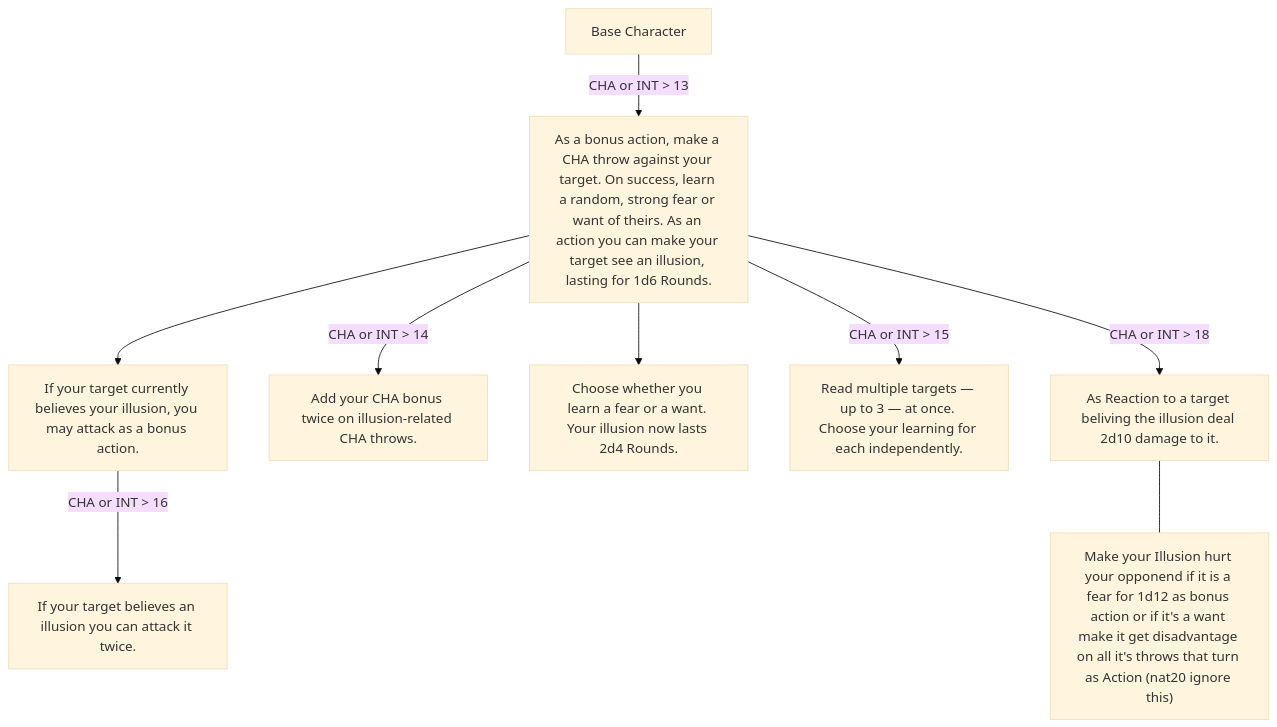
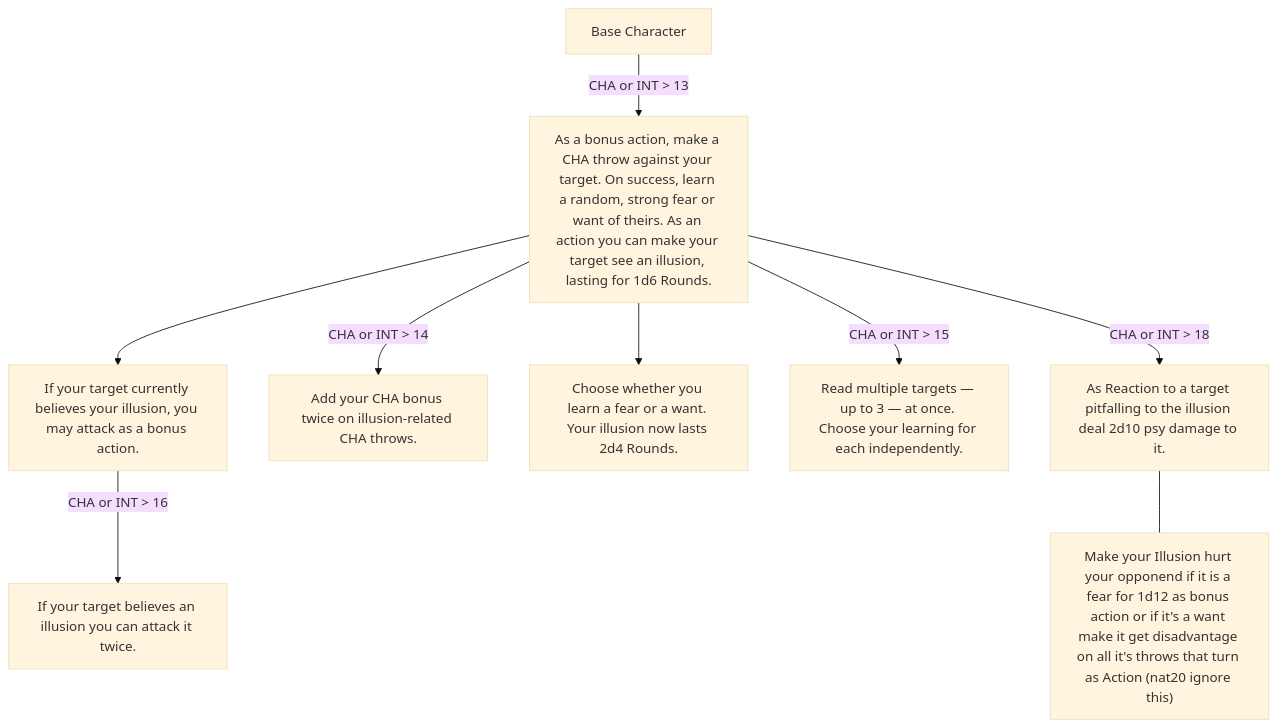
One commit to WiIdNeo/DnD-RealismHomeBrew changed diagram 26 of 37 in Homebrew/Classes and Races/Classes/Class-Handbook.md. Above: the diagram before and after it, drawn with Mermaid (base theme). The commit also changed other lines of this file and 9 other files, not shown here.

````diff
--- a/Homebrew/Classes and Races/Classes/Class-Handbook.md
+++ b/Homebrew/Classes and Races/Classes/Class-Handbook.md
@@ -852,21 +848,21 @@
 ```mermaid
 flowchart TD
 
 A[Base Character]
 
 1["As a bonus action, make a CHA throw against your target. On success, learn a random, strong fear or want of theirs. As an action you can make your target see an illusion, lasting for 1d6 Rounds."]
 2["If your target currently believes your illusion, you may attack as a bonus action."]
 3["Add your CHA bonus twice on illusion-related CHA throws."]
 4["Choose whether you learn a fear or a want. Your illusion now lasts 2d4 Rounds."]
 5["Read multiple targets — up to 3 — at once. Choose your learning for each independently."]
 6["If your target believes an illusion you can attack it twice."]
-7["As Reaction to a target beliving the illusion deal 2d10 damage to it."]
+7["As Reaction to a target pitfalling to the illusion deal 2d10 psy damage to it."]
 8["Make your Illusion hurt your opponend if it is a fear for 1d12 as bonus action or if it's a want make it get disadvantage on all it's throws that turn as Action (nat20 ignore this)"]
 
 A --> |CHA or INT > 13|1
 1 --> 2 -->|CHA or INT > 16| 6
 1 --> |CHA or INT > 14|3
 1 --> 4
 1 --> |CHA or INT > 18| 7 --- 8
 1 --> |CHA or INT > 15|5
 ```
````
